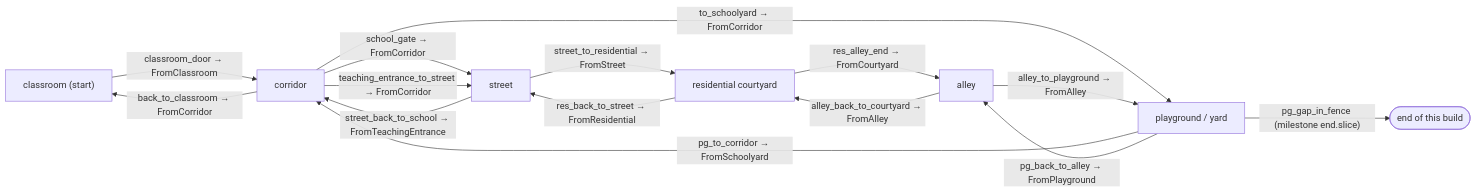
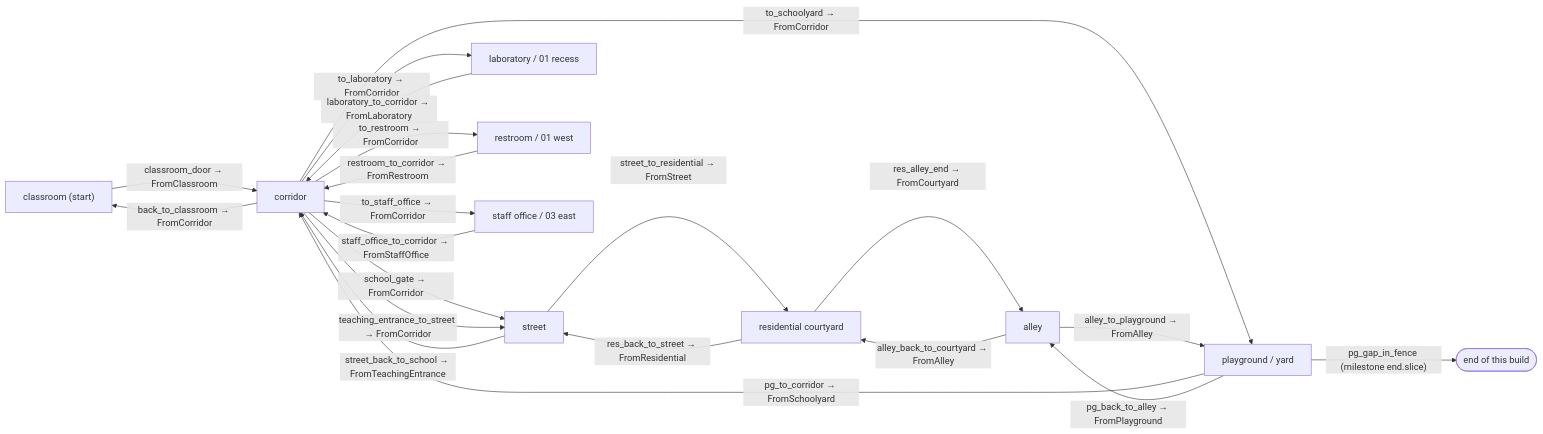
Before and after one commit to BrainEno/where-is-school: the first of 3 diagrams in docs/MAP_PLAN.md, drawn with Mermaid. The commit also changed other lines of this file and 43 other files, not shown here.

Commit message:
feat(school): fit laboratory fixtures and open two corridor rooms

````diff
--- a/docs/MAP_PLAN.md
+++ b/docs/MAP_PLAN.md
@@ -38,25 +41,34 @@
 ```mermaid
 flowchart LR
   classroom["classroom (start)"]
   corridor["corridor"]
   street["street"]
   residential["residential courtyard"]
   alley["alley"]
   playground["playground / yard"]
+  laboratory["laboratory / 01 recess"]
+  restroom["restroom / 01 west"]
+  staff_office["staff office / 03 east"]
   endcard(["end of this build"])
 
   classroom -- "classroom_door → FromClassroom" --> corridor
   corridor -- "back_to_classroom → FromCorridor" --> classroom
   corridor -- "school_gate → FromCorridor" --> street
   corridor -- "teaching_entrance_to_street → FromCorridor" --> street
   street -- "street_back_to_school → FromTeachingEntrance" --> corridor
   corridor -- "to_schoolyard → FromCorridor" --> playground
   playground -- "pg_to_corridor → FromSchoolyard" --> corridor
   street -- "street_to_residential → FromStreet" --> residential
   residential -- "res_back_to_street → FromResidential" --> street
   residential -- "res_alley_end → FromCourtyard" --> alley
   alley -- "alley_back_to_courtyard → FromAlley" --> residential
   alley -- "alley_to_playground → FromAlley" --> playground
   playground -- "pg_back_to_alley → FromPlayground" --> alley
+  corridor -- "to_laboratory → FromCorridor" --> laboratory
+  laboratory -- "laboratory_to_corridor → FromLaboratory" --> corridor
+  corridor -- "to_restroom → FromCorridor" --> restroom
+  restroom -- "restroom_to_corridor → FromRestroom" --> corridor
+  corridor -- "to_staff_office → FromCorridor" --> staff_office
+  staff_office -- "staff_office_to_corridor → FromStaffOffice" --> corridor
   playground -- "pg_gap_in_fence (milestone end.slice)" --> endcard
 ```
````
